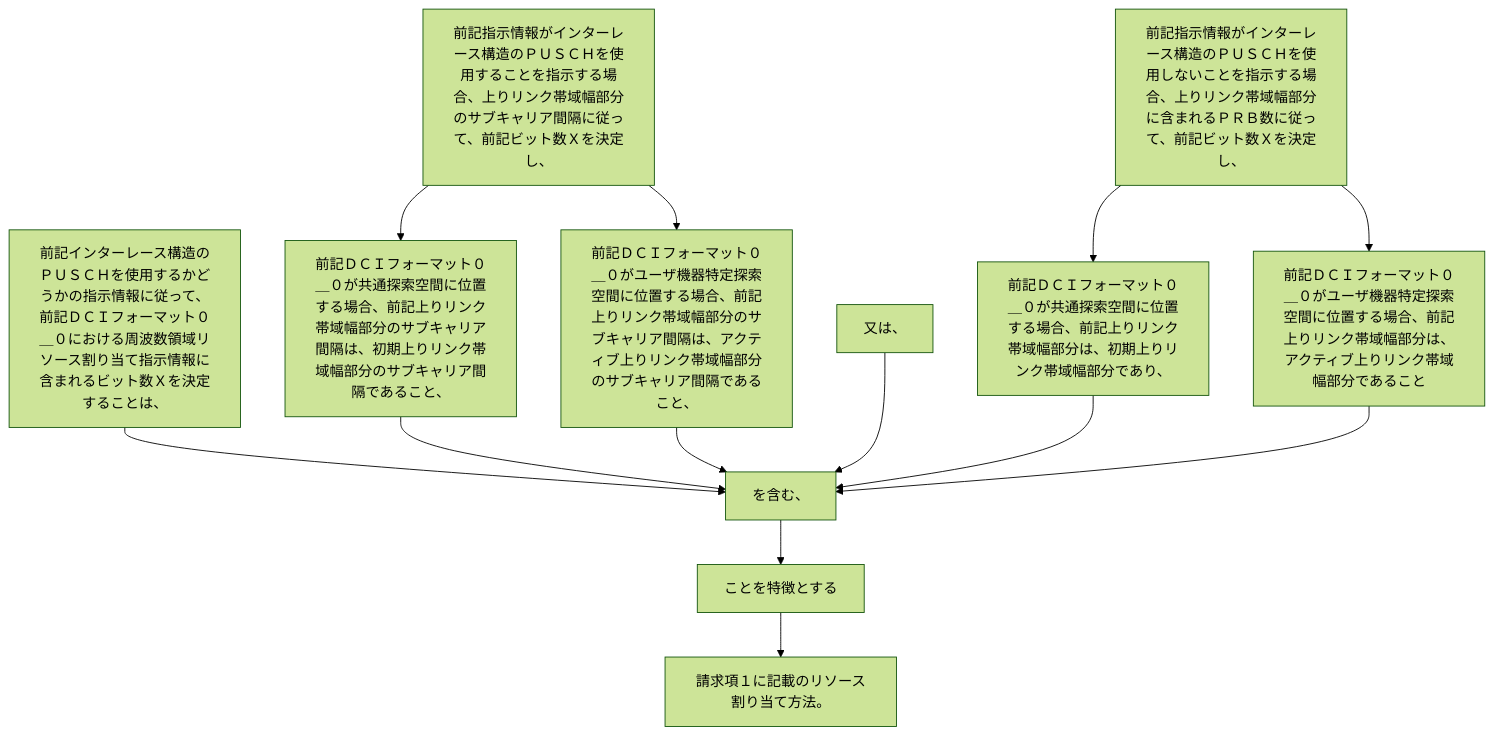
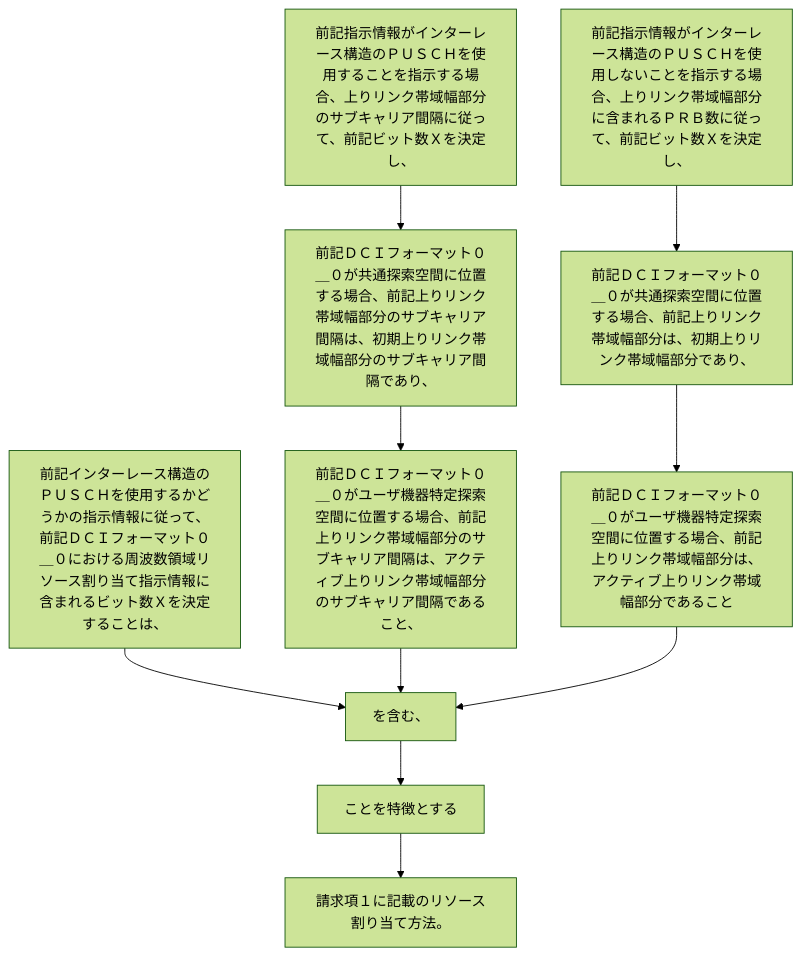
Before and after one commit to shinmori55/patent_analyzed: the diagram in 2024/JP2024029186A/claim_5/README.md, drawn with Mermaid (forest theme). The commit also changed 336 other files, not shown here.

````diff
--- a/2024/JP2024029186A/claim_5/README.md
+++ b/2024/JP2024029186A/claim_5/README.md
@@ -5,27 +5,22 @@
 ```mermaid
 flowchart TD
 A[前記インターレース構造のＰＵＳＣＨを使用するかどうかの指示情報に従って、前記ＤＣＩフォーマット０＿０における周波数領域リソース割り当て指示情報に含まれるビット数Ｘを決定することは、]
 B[前記指示情報がインターレース構造のＰＵＳＣＨを使用することを指示する場合、上りリンク帯域幅部分のサブキャリア間隔に従って、前記ビット数Ｘを決定し、]
-C[前記ＤＣＩフォーマット０＿０が共通探索空間に位置する場合、前記上りリンク帯域幅部分のサブキャリア間隔は、初期上りリンク帯域幅部分のサブキャリア間隔であること、]
+C[前記ＤＣＩフォーマット０＿０が共通探索空間に位置する場合、前記上りリンク帯域幅部分のサブキャリア間隔は、初期上りリンク帯域幅部分のサブキャリア間隔であり、]
 D[前記ＤＣＩフォーマット０＿０がユーザ機器特定探索空間に位置する場合、前記上りリンク帯域幅部分のサブキャリア間隔は、アクティブ上りリンク帯域幅部分のサブキャリア間隔であること、]
-E[又は、]
-F[前記指示情報がインターレース構造のＰＵＳＣＨを使用しないことを指示する場合、上りリンク帯域幅部分に含まれるＰＲＢ数に従って、前記ビット数Ｘを決定し、]
-G[前記ＤＣＩフォーマット０＿０が共通探索空間に位置する場合、前記上りリンク帯域幅部分は、初期上りリンク帯域幅部分であり、]
-H[前記ＤＣＩフォーマット０＿０がユーザ機器特定探索空間に位置する場合、前記上りリンク帯域幅部分は、アクティブ上りリンク帯域幅部分であること]
-I[を含む、]
-J[ことを特徴とする]
-K[請求項１に記載のリソース割り当て方法。]
-
-A --> I
+E[前記指示情報がインターレース構造のＰＵＳＣＨを使用しないことを指示する場合、上りリンク帯域幅部分に含まれるＰＲＢ数に従って、前記ビット数Ｘを決定し、]
+F[前記ＤＣＩフォーマット０＿０が共通探索空間に位置する場合、前記上りリンク帯域幅部分は、初期上りリンク帯域幅部分であり、]
+G[前記ＤＣＩフォーマット０＿０がユーザ機器特定探索空間に位置する場合、前記上りリンク帯域幅部分は、アクティブ上りリンク帯域幅部分であること]
+H[を含む、]
+I[ことを特徴とする]
+J[請求項１に記載のリソース割り当て方法。]
+A --> H
 B --> C
-B --> D
-C --> I
-D --> I
-E --> I
+C --> D
+D --> H
+E --> F
 F --> G
-F --> H
-G --> I
+G --> H
 H --> I
 I --> J
-J --> K
 ```
````
